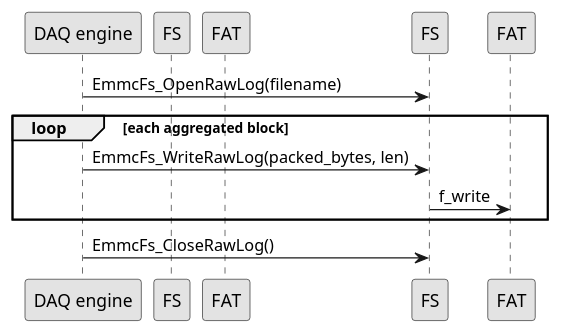
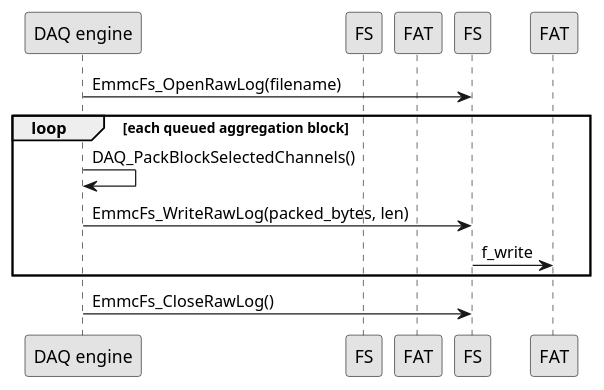
One commit to vigneshuw/aems changed the third of 3 diagrams in docs/Software/CM4/Library/emmc_fs.md. Above: the diagram before and after it, drawn with PlantUML. The commit also changed other lines of this file and 30 other files, not shown here.

````diff
--- a/docs/Software/CM4/Library/emmc_fs.md
+++ b/docs/Software/CM4/Library/emmc_fs.md
@@ -255,16 +508,17 @@
 ```plantuml
 @startuml
 skinparam monochrome true
 skinparam shadowing false
 participant DAQ as "DAQ engine"
 participant FS as emmc_fs
 participant FAT as FatFs
 
 DAQ -> FS : EmmcFs_OpenRawLog(filename)
-loop each aggregated block
+loop each queued aggregation block
+  DAQ -> DAQ : DAQ_PackBlockSelectedChannels()
   DAQ -> FS : EmmcFs_WriteRawLog(packed_bytes, len)
   FS -> FAT : f_write
 end
 DAQ -> FS : EmmcFs_CloseRawLog()
 @enduml
 ```
````
